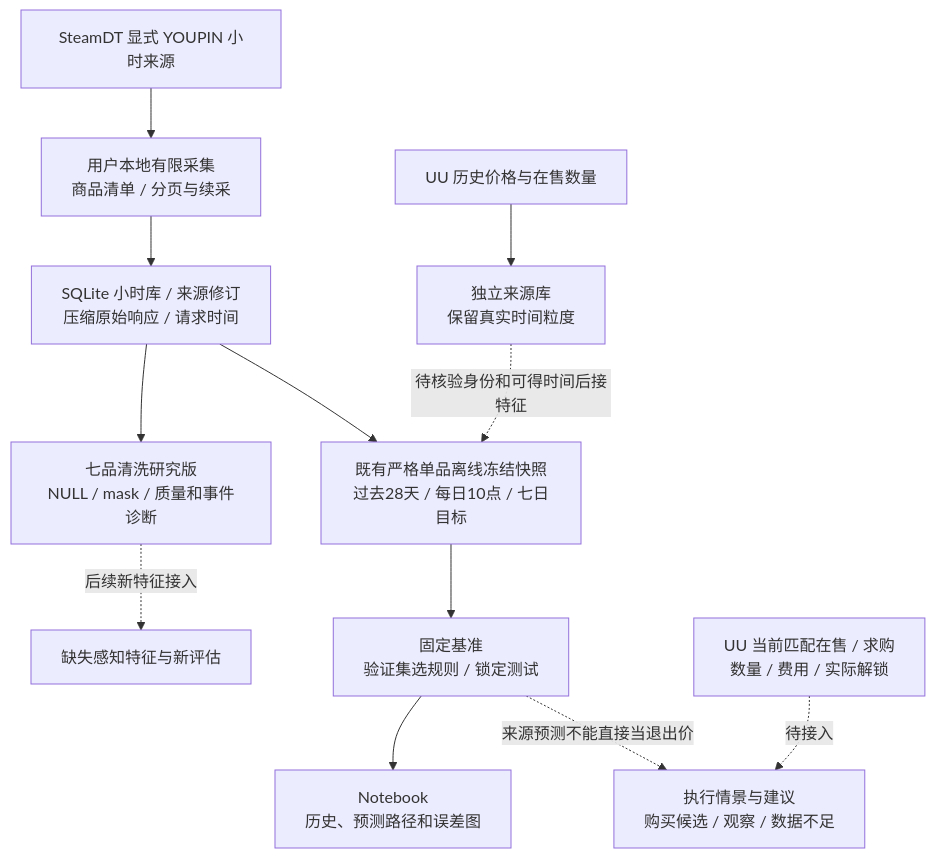
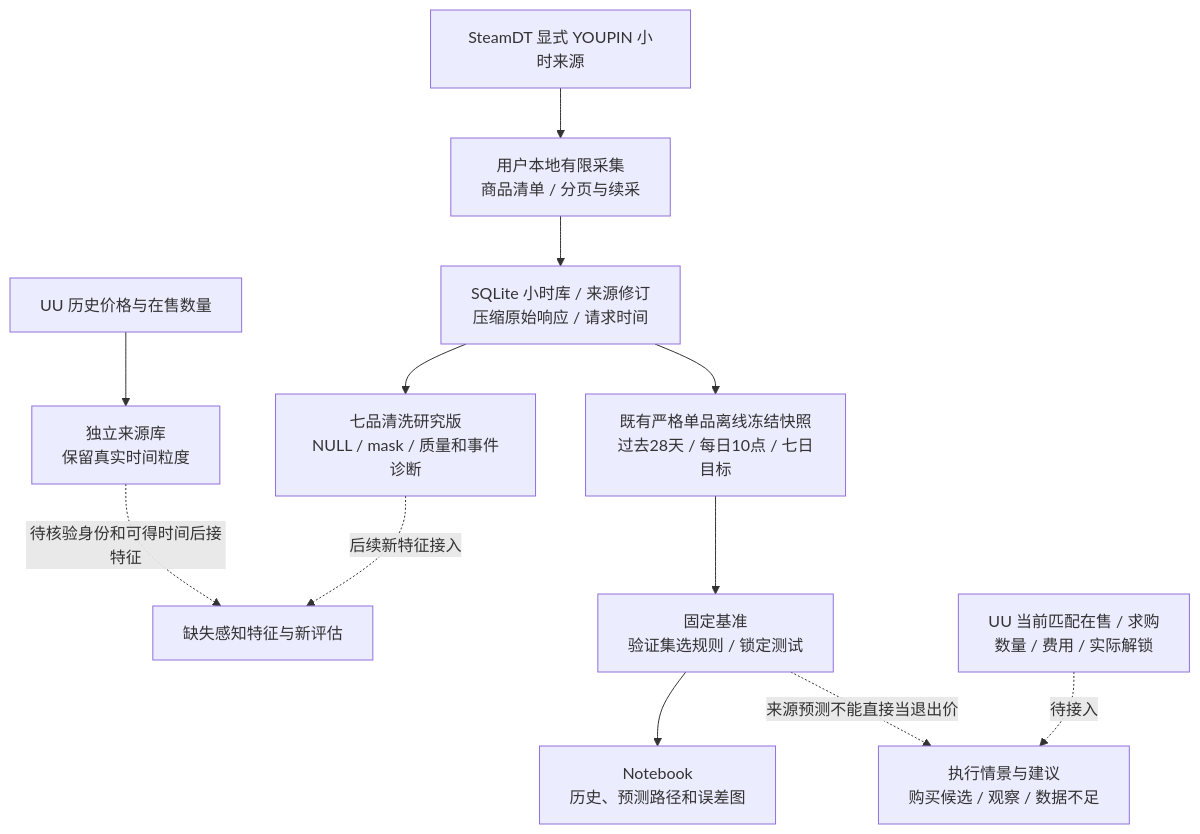
Before and after one commit to ChenBalfour/CS_YouOweMe: the diagram in docs/ARCHITECTURE.md, drawn with Mermaid. The commit also changed other lines of this file and 17 other files, not shown here.

Commit message:
Organize research roadmap and archive work log for GitHub iteration

````diff
--- a/docs/ARCHITECTURE.md
+++ b/docs/ARCHITECTURE.md
@@ -7,14 +7,14 @@
 ```mermaid
 flowchart TD
     S[SteamDT 显式 YOUPIN 小时来源] --> C[用户本地有限采集\n商品清单 / 分页与续采]
     C --> D[SQLite 小时库 / 来源修订\n压缩原始响应 / 请求时间]
     D --> QC[七品清洗研究版\nNULL / mask / 质量和事件诊断]
     QC -. 后续新特征接入 .-> NF[缺失感知特征与新评估]
     D --> F[既有严格单品离线冻结快照\n过去28天 / 每日10点 / 七日目标]
     F --> E[固定基准\n验证集选规则 / 锁定测试]
     E --> V[Notebook\n历史、预测路径和误差图]
     U[UU 历史价格与在售数量] --> UD[独立来源库\n保留真实时间粒度]
-    UD -. 待核验身份和可得时间后接特征 .-> F
+    UD -. 待核验身份和可得时间后接特征 .-> NF
     Q[UU 当前匹配在售 / 求购\n数量 / 费用 / 实际解锁] -. 待接入 .-> X[执行情景与建议\n购买候选 / 观察 / 数据不足]
     E -. 来源预测不能直接当退出价 .-> X
 ```
````
